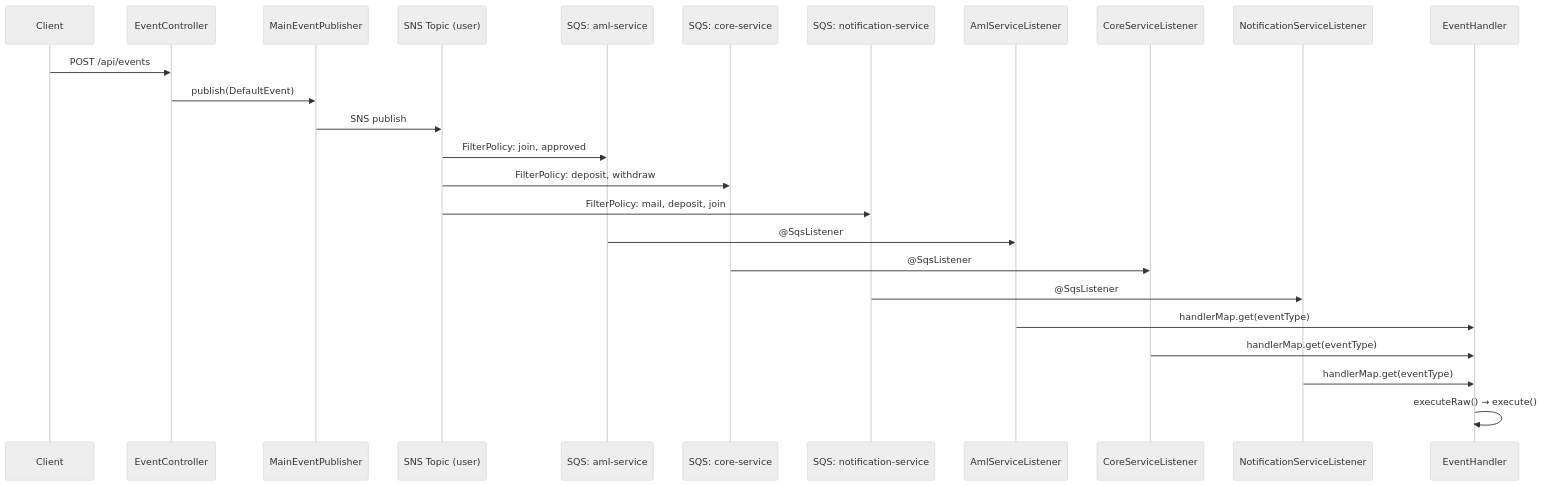
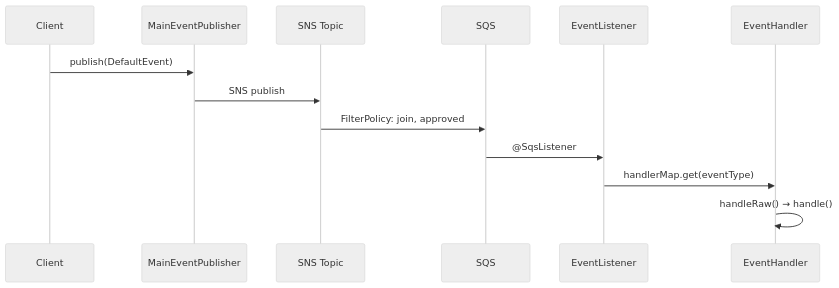
One commit to juno-choi/queue changed the diagram in README.md. Above: the diagram before and after it, drawn with Mermaid (neutral theme). The commit also changed other lines of this file, not shown here.

````diff
--- a/README.md
+++ b/README.md
@@ -19,32 +9,20 @@
 ```mermaid
 sequenceDiagram
     participant Client
-    participant Controller as EventController
     participant Publisher as MainEventPublisher
-    participant SNS as SNS Topic (user)
-    participant AML_Q as SQS: aml-service
-    participant Core_Q as SQS: core-service
-    participant Noti_Q as SQS: notification-service
-    participant AML_L as AmlServiceListener
-    participant Core_L as CoreServiceListener
-    participant Noti_L as NotificationServiceListener
+    participant SNS as SNS Topic
+    participant SQS as SQS
+    participant Listener as EventListener
     participant Handler as EventHandler
 
-    Client->>Controller: POST /api/events
-    Controller->>Publisher: publish(DefaultEvent)
+    Client->>Publisher: publish(DefaultEvent)
     Publisher->>SNS: SNS publish
 
-    SNS->>AML_Q: FilterPolicy: join, approved
-    SNS->>Core_Q: FilterPolicy: deposit, withdraw
-    SNS->>Noti_Q: FilterPolicy: mail, deposit, join
+    SNS->>SQS: FilterPolicy: join, approved
 
-    AML_Q->>AML_L: @SqsListener
-    Core_Q->>Core_L: @SqsListener
-    Noti_Q->>Noti_L: @SqsListener
+    SQS->>Listener: @SqsListener
 
-    AML_L->>Handler: handlerMap.get(eventType)
-    Core_L->>Handler: handlerMap.get(eventType)
-    Noti_L->>Handler: handlerMap.get(eventType)
+    Listener->>Handler: handlerMap.get(eventType)
 
-    Handler->>Handler: executeRaw() → execute()
+    Handler->>Handler: handleRaw() → handle()
 ```
````
